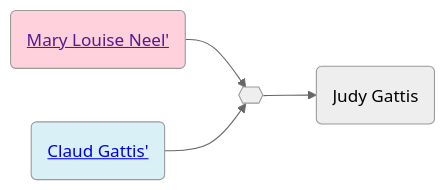
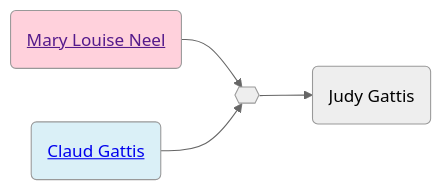
Before and after one commit to neelsmith/avocational: the second of 2 diagrams in familyhistory/sources/people/Neel-line/Mary_Louise_Neel.qmd, drawn with Mermaid (neutral theme). The commit also changed other lines of this file and 96 other files, not shown here.

````diff
--- a/familyhistory/sources/people/Neel-line/Mary_Louise_Neel.qmd
+++ b/familyhistory/sources/people/Neel-line/Mary_Louise_Neel.qmd
@@ -63,14 +63,14 @@
 ```{mermaid}
 graph LR
 %% LR descendant diagram
 class Mary_Louise_Neel_and_Claud_Gattis marriage
-Mary_Louise_Neel(<a href=''>Mary Louise Neel'</>) --> Mary_Louise_Neel_and_Claud_Gattis{{ }}
-Claud_Gattis(<a href='./../Gattis-line/Claud_Gattis.html'>Claud Gattis'</>) --> Mary_Louise_Neel_and_Claud_Gattis{{ }}
+Mary_Louise_Neel(<a href=''>Mary Louise Neel</a>) --> Mary_Louise_Neel_and_Claud_Gattis{{ }}
+Claud_Gattis(<a href='./../Gattis-line/Claud_Gattis.html'>Claud Gattis</a>) --> Mary_Louise_Neel_and_Claud_Gattis{{ }}
 class Claud_Gattis father
 class Mary_Louise_Neel mother
 Mary_Louise_Neel_and_Claud_Gattis{{ }} --> Judy_Gattis(Judy Gattis)
 classDef mother fill:#ffd1dc
 classDef father fill:#daf0f7  
 classDef marriage fill:#ffffff
 
 ```
````
